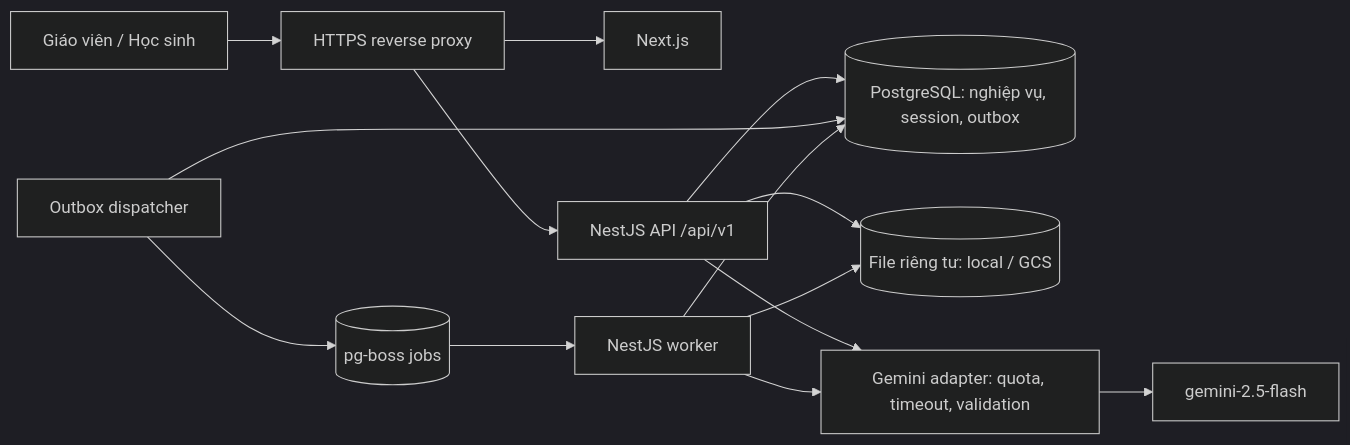
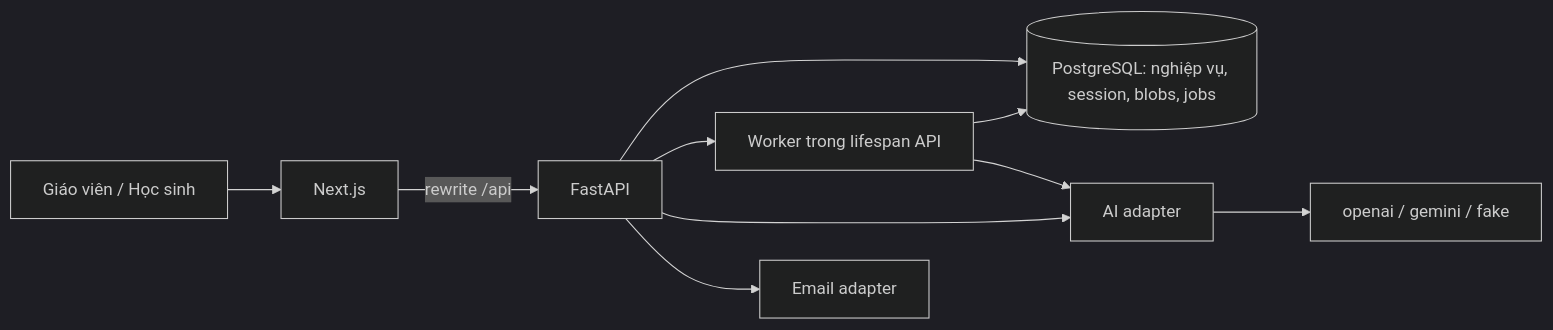
The first of 2 diagrams in docs/architecture/system-design.md (Dang-Huy1910/EduLit-AI), drawn with Mermaid (dark theme) before and after one commit. The commit also changed other lines of this file and 209 other files, not shown here.

````diff
--- a/docs/architecture/system-design.md
+++ b/docs/architecture/system-design.md
@@ -44,16 +24,12 @@
 ```mermaid
 flowchart LR
-    U[Giáo viên / Học sinh] --> EDGE[HTTPS reverse proxy]
-    EDGE --> WEB[Next.js]
-    EDGE --> API[NestJS API /api/v1]
-    API --> DB[(PostgreSQL: nghiệp vụ, session, outbox)]
-    API --> FILES[(File riêng tư: local / GCS)]
-    DISPATCH[Outbox dispatcher] --> DB
-    DISPATCH --> Q[(pg-boss jobs)]
-    Q --> WORKER[NestJS worker]
+    U[Giáo viên / Học sinh] --> WEB[Next.js]
+    WEB -->|rewrite /api| API[FastAPI]
+    API --> DB[(PostgreSQL: nghiệp vụ, session, blobs, jobs)]
+    API --> WORKER[Worker trong lifespan API]
     WORKER --> DB
-    WORKER --> FILES
-    API --> GATE[Gemini adapter: quota, timeout, validation]
-    WORKER --> GATE
-    GATE --> MODEL[gemini-2.5-flash]
+    API --> AI[AI adapter]
+    WORKER --> AI
+    AI --> PROVIDER[openai / gemini / fake]
+    API --> MAIL[Email adapter]
 ```
````
